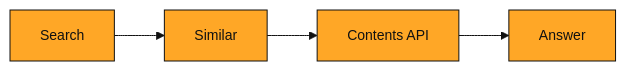
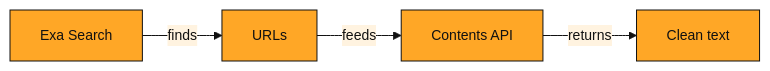
One commit to The-Web3-Compass/Stack-courses changed the diagram in exa-a-beginner-s-guide-to-search-api-beginner/lesson-05.md. Above: the diagram before and after it, drawn with Mermaid. The commit also changed other lines of this file and 58 other files, not shown here.

````diff
--- a/exa-a-beginner-s-guide-to-search-api-beginner/lesson-05.md
+++ b/exa-a-beginner-s-guide-to-search-api-beginner/lesson-05.md
@@ -50,7 +41,7 @@
 ```mermaid
 %%{init: {'theme':'base','themeVariables':{'primaryColor':'#FFA726','primaryTextColor':'#111111','primaryBorderColor':'#111111','lineColor':'#111111','secondaryColor':'#FFF3E0','secondaryTextColor':'#111111','secondaryBorderColor':'#111111','tertiaryColor':'#FFFFFF','tertiaryTextColor':'#111111','tertiaryBorderColor':'#111111','fontFamily':'Inter, ui-sans-serif, system-ui, sans-serif','fontSize':'14px'}}}%%
 flowchart LR
-    Search --> Similar
-    Similar --> ContentsAPI[Contents API]
-    ContentsAPI --> Answer
+    A[Exa Search] -->|finds| B[URLs]
+    B -->|feeds| C[Contents API]
+    C -->|returns| D[Clean text]
 ```
````
